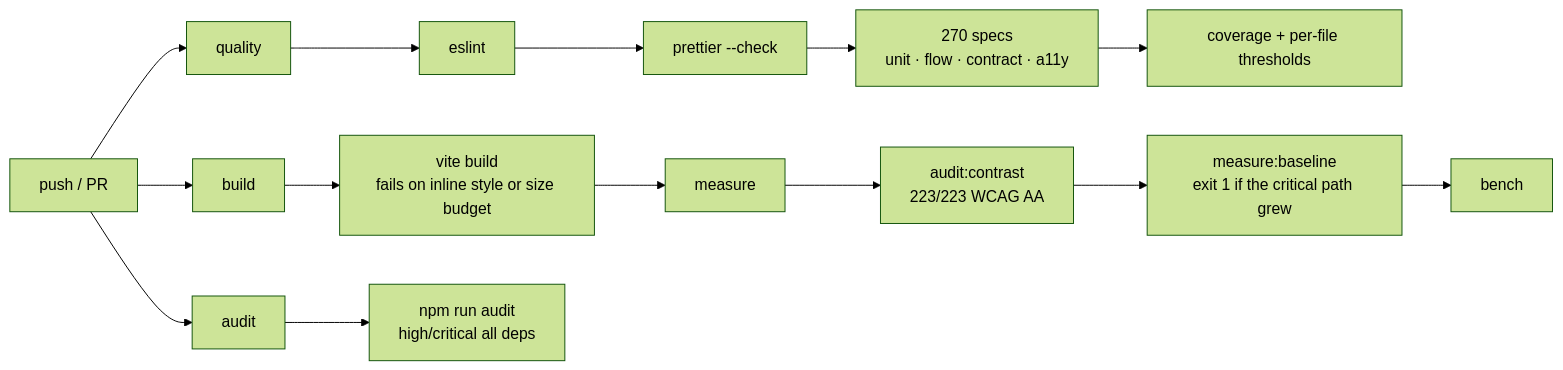
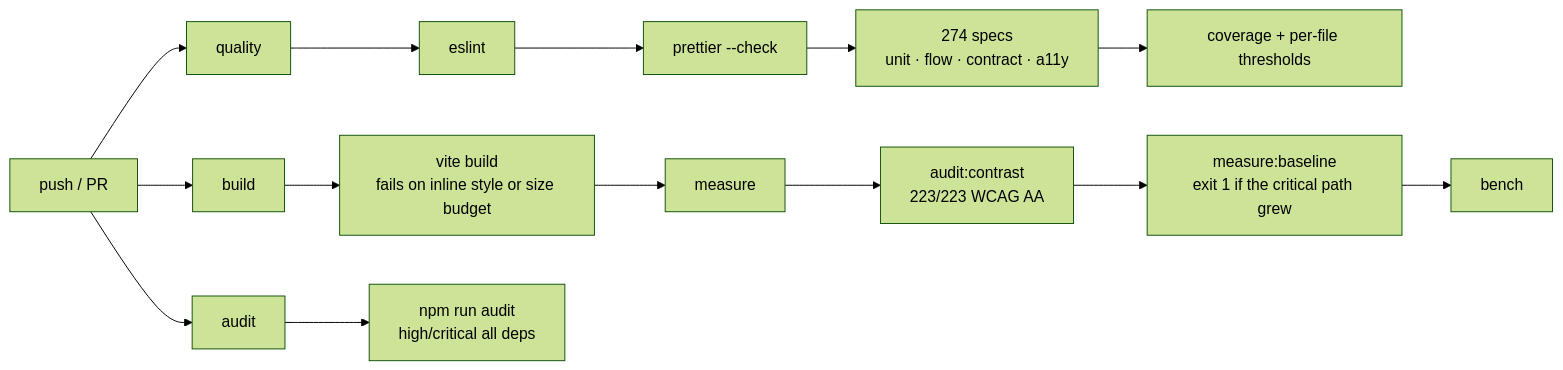
Diagram 11 of 11 in README.md (YASLOGIST/urlf-up), drawn with Mermaid (forest theme) before and after one commit. The commit also changed other lines of this file and 14 other files, not shown here.

````diff
--- a/README.md
+++ b/README.md
@@ -784,9 +784,9 @@
 ```mermaid
 graph LR
   P["push / PR"] --> Q["quality"]
   P --> B["build"]
   P --> D["audit"]
-  Q --> Q1["eslint"] --> Q2["prettier --check"] --> Q3["270 specs<br/>unit · flow · contract · a11y"] --> Q4["coverage + per-file thresholds"]
+  Q --> Q1["eslint"] --> Q2["prettier --check"] --> Q3["274 specs<br/>unit · flow · contract · a11y"] --> Q4["coverage + per-file thresholds"]
   B --> B1["vite build<br/>fails on inline style or size budget"] --> B2["measure"] --> B3["audit:contrast<br/>223/223 WCAG AA"] --> B4["measure:baseline<br/>exit 1 if the critical path grew"] --> B5["bench"]
   D --> D1["npm run audit<br/>high/critical all deps"]
 ```
````
